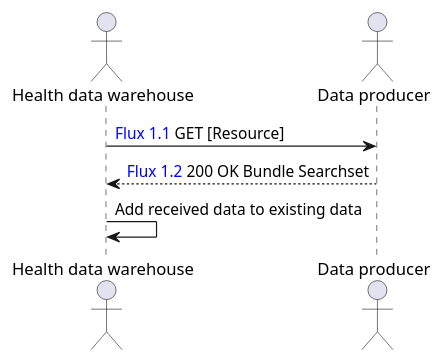
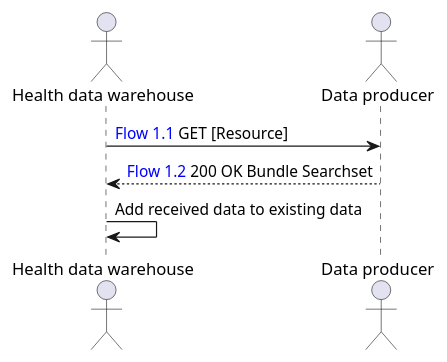
One commit to ONCOFAIR/FHIR-ImplementationGuide-Article changed the diagram in input/images-source/feed_flow.plantuml. Above: the diagram before and after it, drawn with PlantUML. The commit also changed 2 other files, not shown here.

Commit message:
changement flux en flow

```diff
--- a/input/images-source/feed_flow.plantuml
+++ b/input/images-source/feed_flow.plantuml
@@ -1,9 +1,9 @@
 @startuml
 actor "Health data warehouse" as EDS
 actor "Data producer" as PD
 
-EDS -> PD: <color:blue>Flux 1.1</color> GET [Resource]
-PD --> EDS: <color:blue>Flux 1.2</color> 200 OK Bundle Searchset
+EDS -> PD: <color:blue>Flow 1.1</color> GET [Resource]
+PD --> EDS: <color:blue>Flow 1.2</color> 200 OK Bundle Searchset
 EDS -> EDS: Add received data to existing data
 
 @enduml
```
